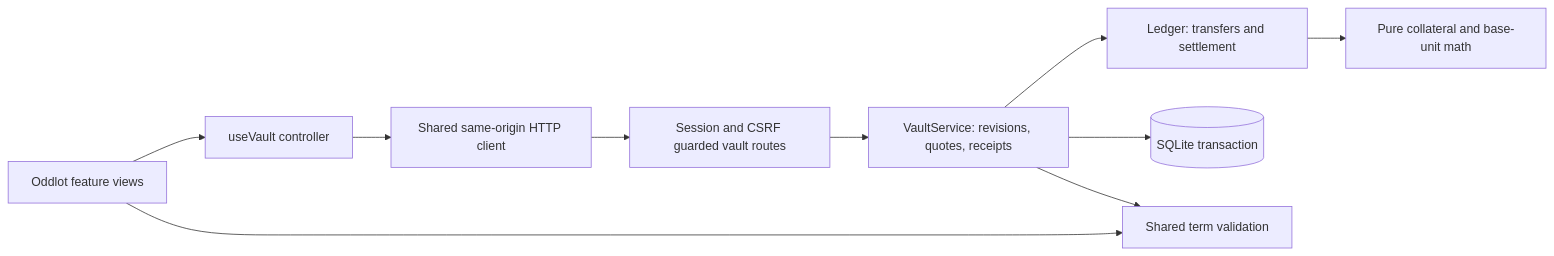
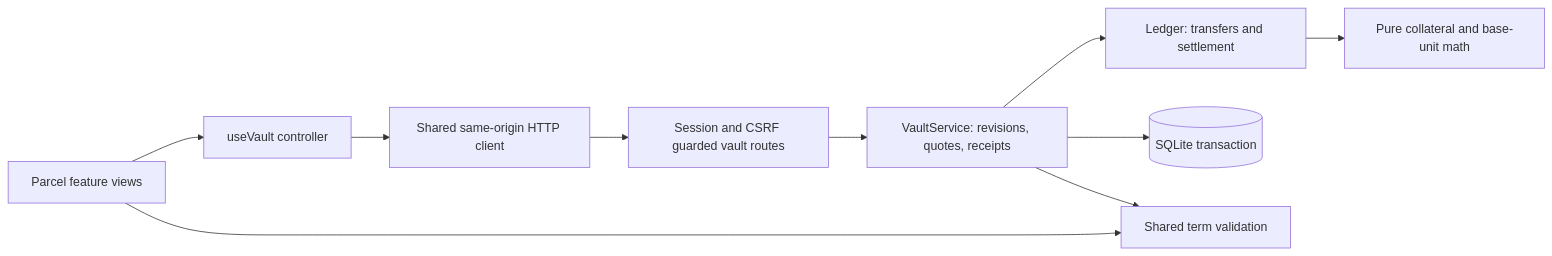
The first of 2 diagrams in docs/ARCHITECTURE.md (nichar3232/parcel), drawn with Mermaid before and after one commit. The commit also changed other lines of this file and 22 other files, not shown here.

````diff
--- a/docs/ARCHITECTURE.md
+++ b/docs/ARCHITECTURE.md
@@ -9,12 +9,12 @@
 ```mermaid
 flowchart LR
-  View[Oddlot feature views] --> Controller[useVault controller]
+  View[Parcel feature views] --> Controller[useVault controller]
   Controller --> Transport[Shared same-origin HTTP client]
   Transport --> HTTP[Session and CSRF guarded vault routes]
   HTTP --> Service[VaultService: revisions, quotes, receipts]
   Service --> Ledger[Ledger: transfers and settlement]
   Ledger --> Risk[Pure collateral and base-unit math]
   Service --> DB[(SQLite transaction)]
   View --> Validation[Shared term validation]
   Service --> Validation
 ```
````
